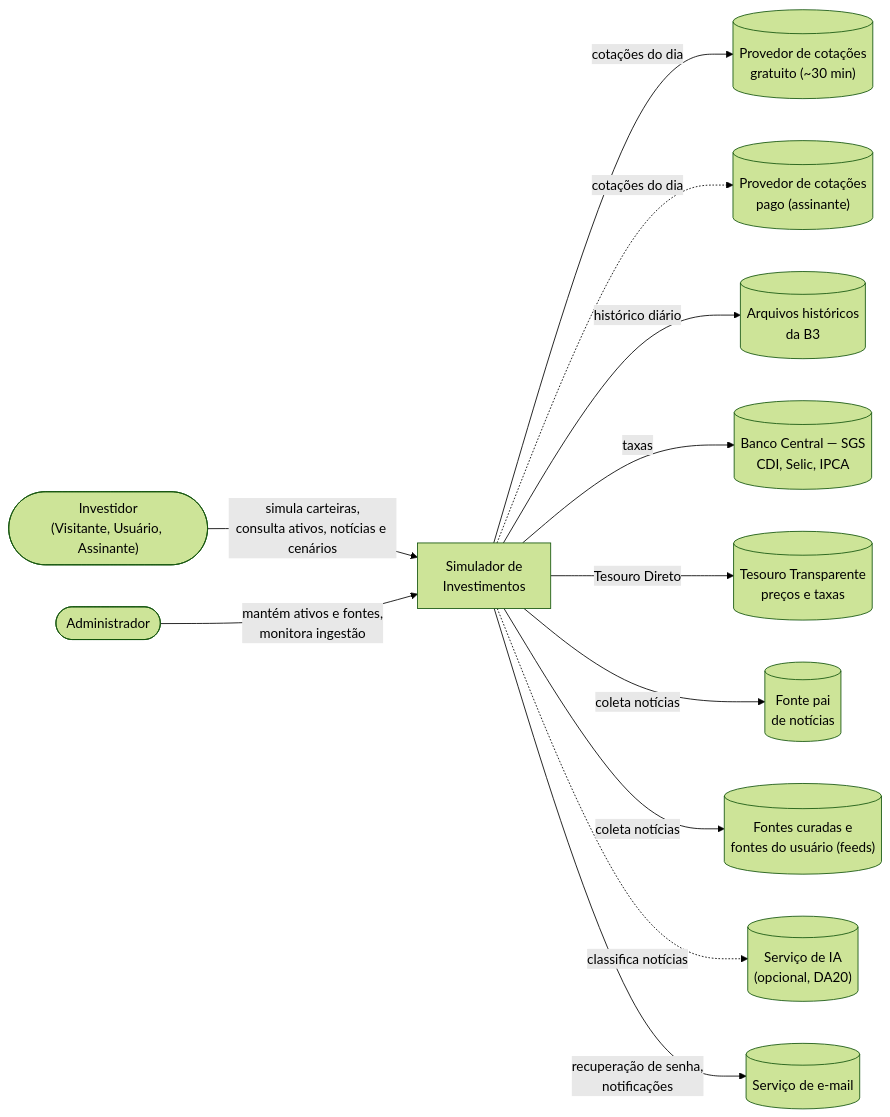
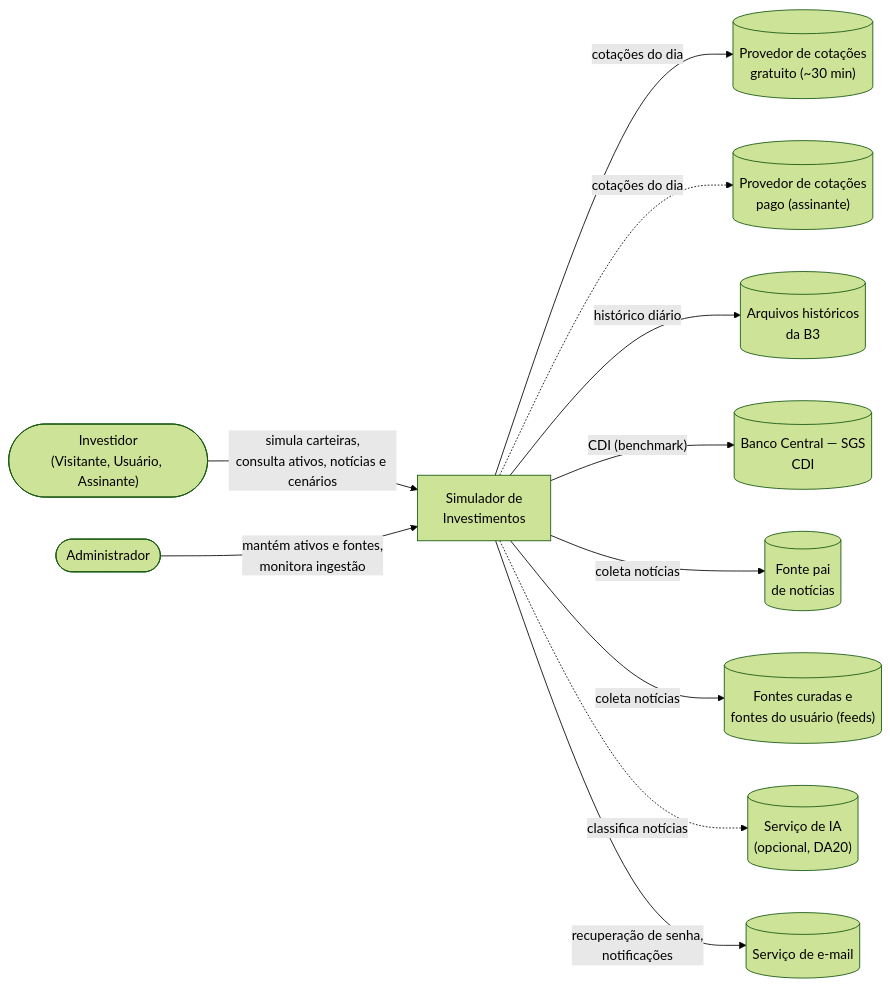
Before and after one commit to AnjiNight/Revolution-THE-BOB: the first of 9 diagrams in arquitetura.md, drawn with Mermaid (forest theme). The commit also changed other lines of this file and 15 other files, not shown here.

````diff
--- a/arquitetura.md
+++ b/arquitetura.md
@@ -104,27 +108,25 @@
 ```mermaid
 flowchart LR
     U(["Investidor<br/>(Visitante, Usuário, Assinante)"])
     ADM(["Administrador"])
     SIS["Simulador de<br/>Investimentos"]
     COT[("Provedor de cotações<br/>gratuito (~30 min)")]
     COTP[("Provedor de cotações<br/>pago (assinante)")]
     B3[("Arquivos históricos<br/>da B3")]
-    BC[("Banco Central — SGS<br/>CDI, Selic, IPCA")]
-    TES[("Tesouro Transparente<br/>preços e taxas")]
+    BC[("Banco Central — SGS<br/>CDI")]
     PAI[("Fonte pai<br/>de notícias")]
     NOT[("Fontes curadas e<br/>fontes do usuário (feeds)")]
     IA[("Serviço de IA<br/>(opcional, DA20)")]
     MAIL[("Serviço de e-mail")]
 
     U -- "simula carteiras,<br/>consulta ativos, notícias e cenários" --> SIS
     ADM -- "mantém ativos e fontes,<br/>monitora ingestão" --> SIS
     SIS -- "cotações do dia" --> COT
     SIS -. "cotações do dia" .-> COTP
     SIS -- "histórico diário" --> B3
-    SIS -- "taxas" --> BC
-    SIS -- "Tesouro Direto" --> TES
+    SIS -- "CDI (benchmark)" --> BC
     SIS -- "coleta notícias" --> PAI
     SIS -- "coleta notícias" --> NOT
     SIS -. "classifica notícias" .-> IA
     SIS -- "recuperação de senha,<br/>notificações" --> MAIL
 ```
````
